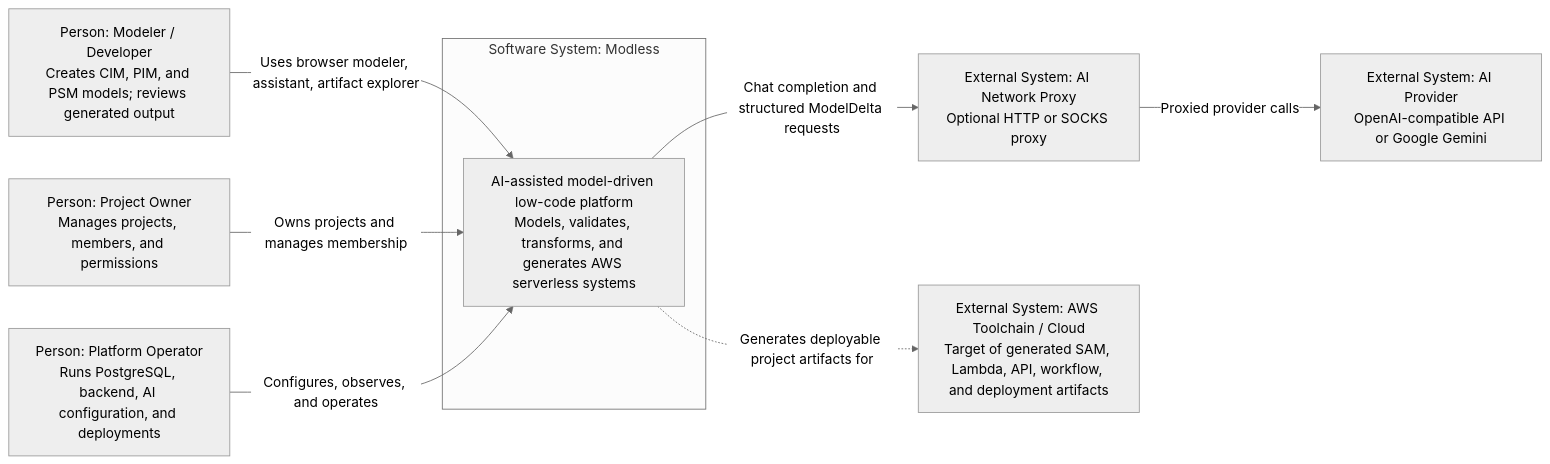
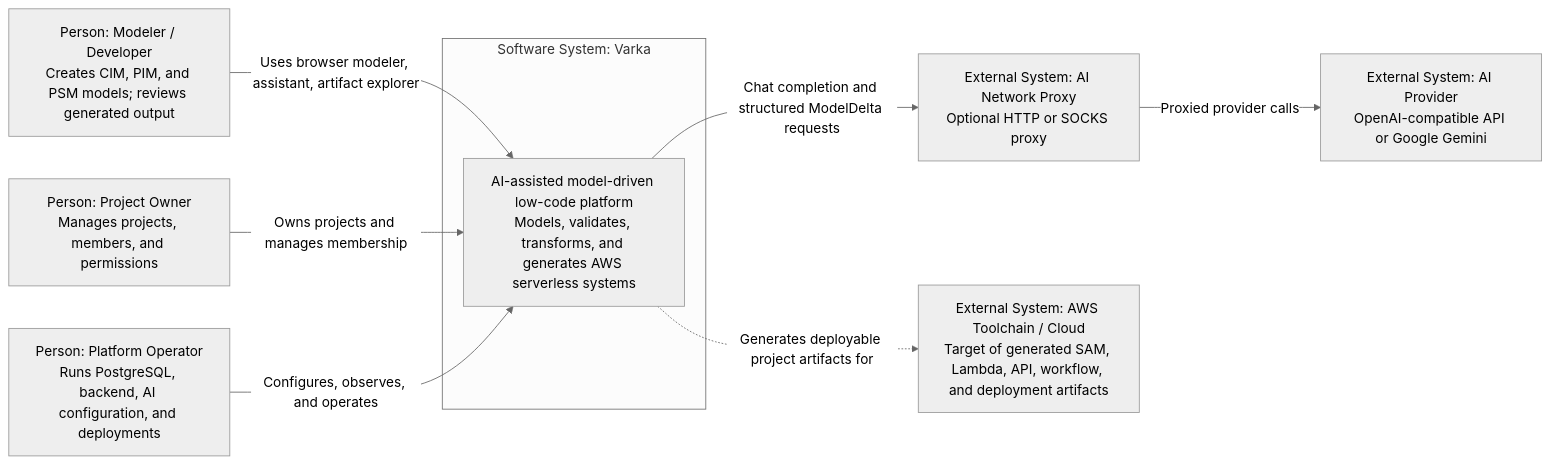
Before and after one commit to mehdieidi/modriss: the first of 2 diagrams in docs/diagrams/01-c4-system-context.md, drawn with Mermaid (neutral theme). The commit also changed 720 other files, not shown here.

````diff
--- a/docs/diagrams/01-c4-system-context.md
+++ b/docs/diagrams/01-c4-system-context.md
@@ -3,21 +3,21 @@
 ```mermaid
 flowchart LR
     developer["Person: Modeler / Developer<br/>Creates CIM, PIM, and PSM models; reviews generated output"]
     owner["Person: Project Owner<br/>Manages projects, members, and permissions"]
     operator["Person: Platform Operator<br/>Runs PostgreSQL, backend, AI configuration, and deployments"]
 
-    subgraph modless["Software System: Modless"]
+    subgraph varka["Software System: Varka"]
         system["AI-assisted model-driven low-code platform<br/>Models, validates, transforms, and generates AWS serverless systems"]
     end
 
     llm["External System: AI Provider<br/>OpenAI-compatible API or Google Gemini"]
     proxy["External System: AI Network Proxy<br/>Optional HTTP or SOCKS proxy"]
     aws["External System: AWS Toolchain / Cloud<br/>Target of generated SAM, Lambda, API, workflow, and deployment artifacts"]
 
     developer -->|"Uses browser modeler, assistant, artifact explorer"| system
     owner -->|"Owns projects and manages membership"| system
     operator -->|"Configures, observes, and operates"| system
     system -->|"Chat completion and structured ModelDelta requests"| proxy
     proxy -->|"Proxied provider calls"| llm
     system -.->|"Generates deployable project artifacts for"| aws
 ```
````
